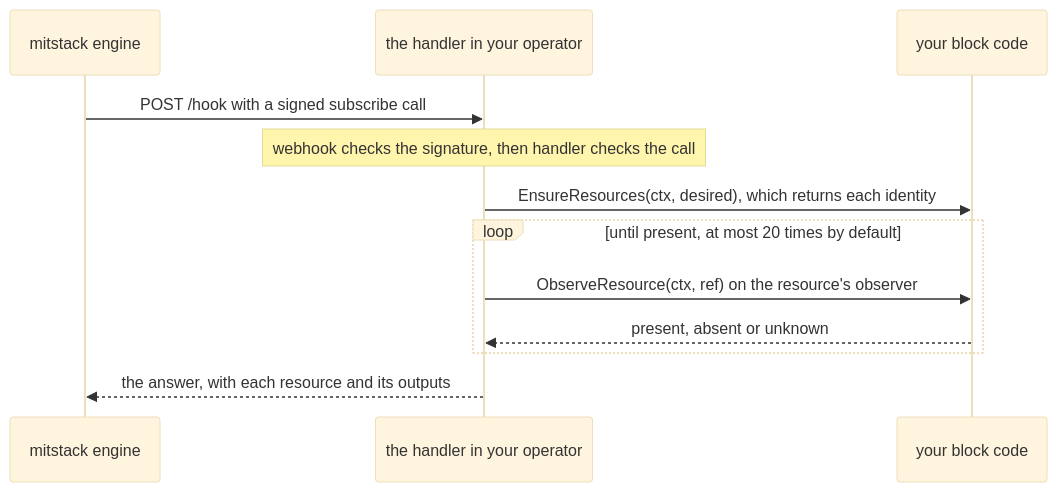
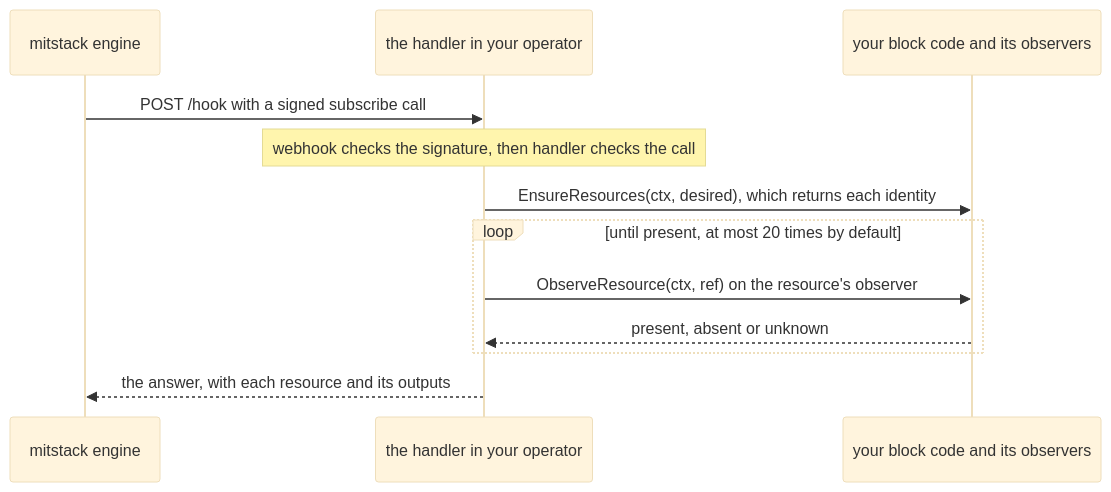
Before and after one commit to mitstack-eu/block-kit: the diagram in README.md, drawn with Mermaid (base theme). The commit also changed other lines of this file, not shown here.

````diff
--- a/README.md
+++ b/README.md
@@ -41,14 +45,14 @@
 ```mermaid
 sequenceDiagram
     participant E as mitstack engine
     participant H as the handler in your operator
-    participant B as your block code
+    participant B as your block code and its observers
     E->>H: POST /hook with a signed subscribe call
     Note over H: webhook checks the signature, then handler checks the call
     H->>B: EnsureResources(ctx, desired), which returns each identity
     loop until present, at most 20 times by default
         H->>B: ObserveResource(ctx, ref) on the resource's observer
         B-->>H: present, absent or unknown
     end
     H-->>E: the answer, with each resource and its outputs
 ```
````
